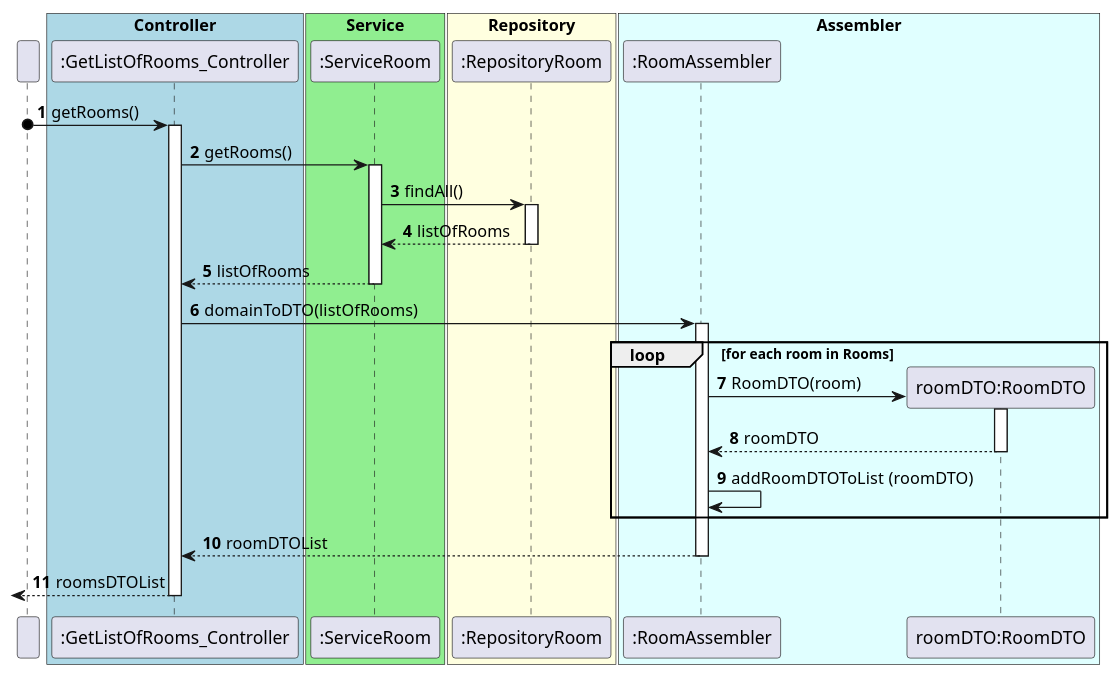
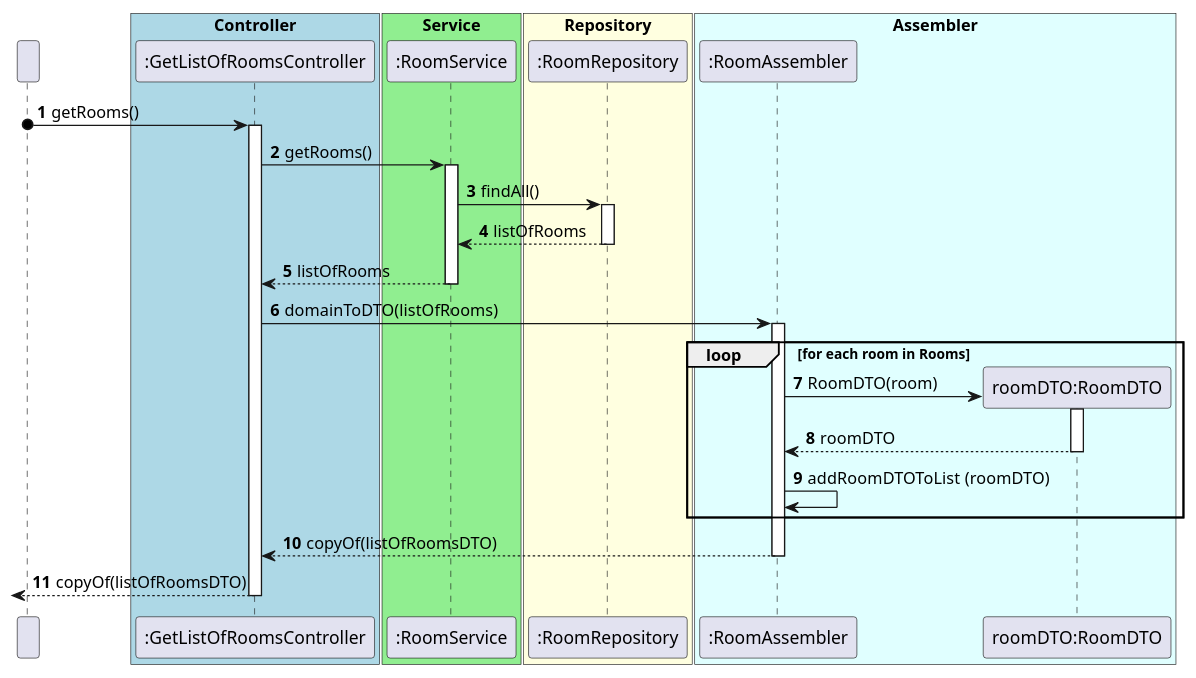
Before and after one commit to olivDiogo/SmartHome: the diagram in docs/userStories/us03/artifacts/US03SD.puml, drawn with PlantUML. The commit also changed 6 other files, not shown here.

Commit message:
#57 [FEAT] : US03 artifacts: Diagrams and readme.md

```diff
--- a/docs/userStories/us03/artifacts/US03SD.puml
+++ b/docs/userStories/us03/artifacts/US03SD.puml
@@ -2,69 +2,69 @@
 @startuml
 'https://plantuml.com/sequence-diagram
 !pragma layout smetana
 
 participant " " as User
 
 box "Controller" #LightBlue
-participant ":GetListOfRooms_Controller" as GetListOfRoomsController
+participant ":GetListOfRoomsController" as GetListOfRoomsController
 end box
 
 box "Service" #LightGreen
-participant ":ServiceRoom" as Service
+participant ":RoomService" as Service
 end box
 
 box "Repository" #LightYellow
-participant ":RepositoryRoom" as RepositoryRoom
+participant ":RoomRepository" as RepositoryRoom
 end box
 
 box "Assembler" #LightCyan
 
 participant ":RoomAssembler" as RoomAssembler
 
 participant "roomDTO:RoomDTO" as RoomDTO
 
 end box
 autonumber
 
 User o-> GetListOfRoomsController: getRooms()
 
 activate GetListOfRoomsController
 
 GetListOfRoomsController -> Service: getRooms()
 
 activate Service
 
 Service -> RepositoryRoom: findAll()
 
 activate RepositoryRoom
 
 RepositoryRoom --> Service: listOfRooms
 
 deactivate RepositoryRoom
 
 Service --> GetListOfRoomsController : listOfRooms
 
 deactivate Service
 
 GetListOfRoomsController -> RoomAssembler: domainToDTO(listOfRooms)
 
 loop  for each room in Rooms
 create RoomDTO
 activate RoomAssembler
 RoomAssembler -> RoomDTO: RoomDTO(room)
 activate RoomDTO
 RoomDTO --> RoomAssembler: roomDTO
 deactivate RoomDTO
 RoomAssembler -> RoomAssembler : addRoomDTOToList (roomDTO)
 end
 
-RoomAssembler --> GetListOfRoomsController: roomDTOList
+RoomAssembler --> GetListOfRoomsController: copyOf(listOfRoomsDTO)
 
 deactivate RoomAssembler
 
-<-- GetListOfRoomsController :roomsDTOList
+<-- GetListOfRoomsController : copyOf(listOfRoomsDTO)
 
 deactivate GetListOfRoomsController
 
 
 @enduml
```
